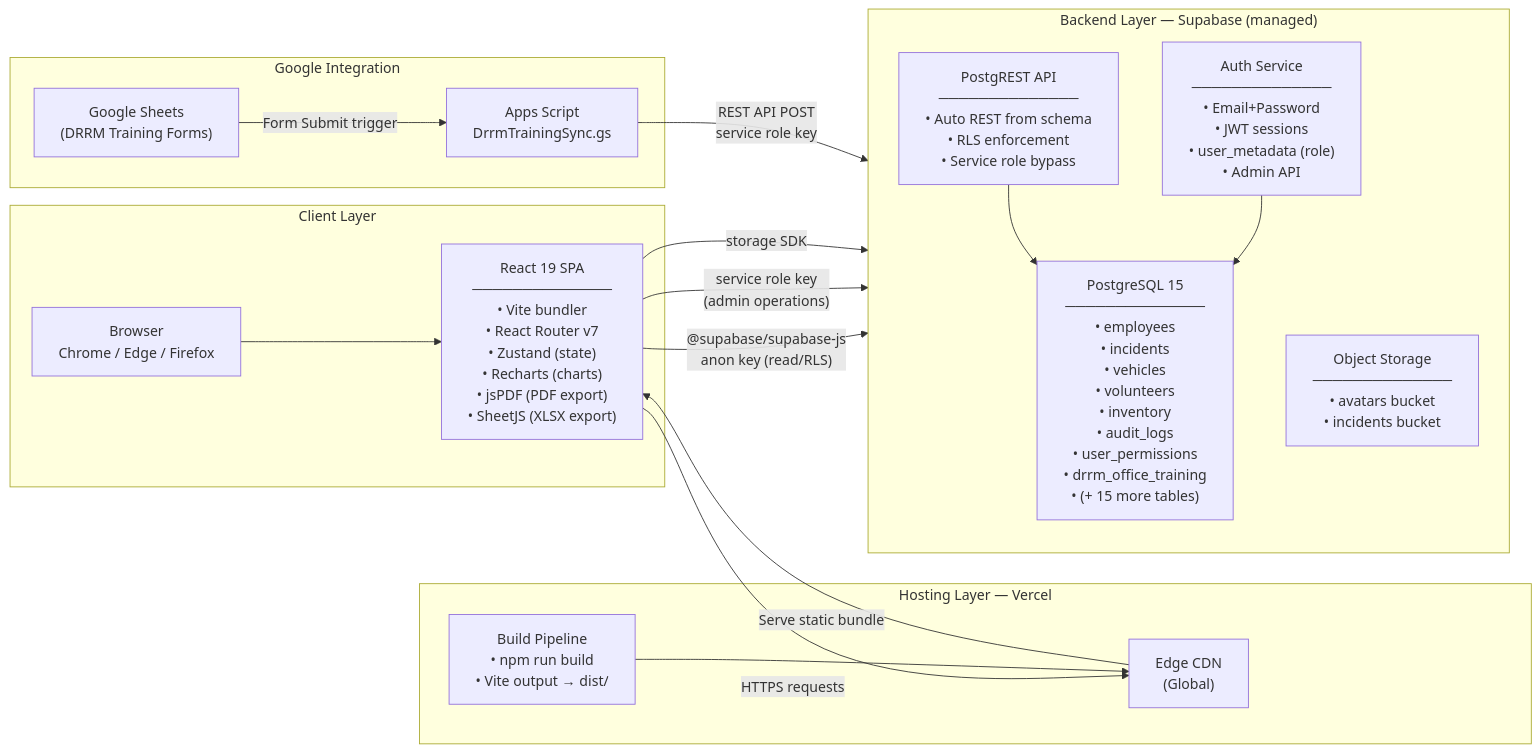
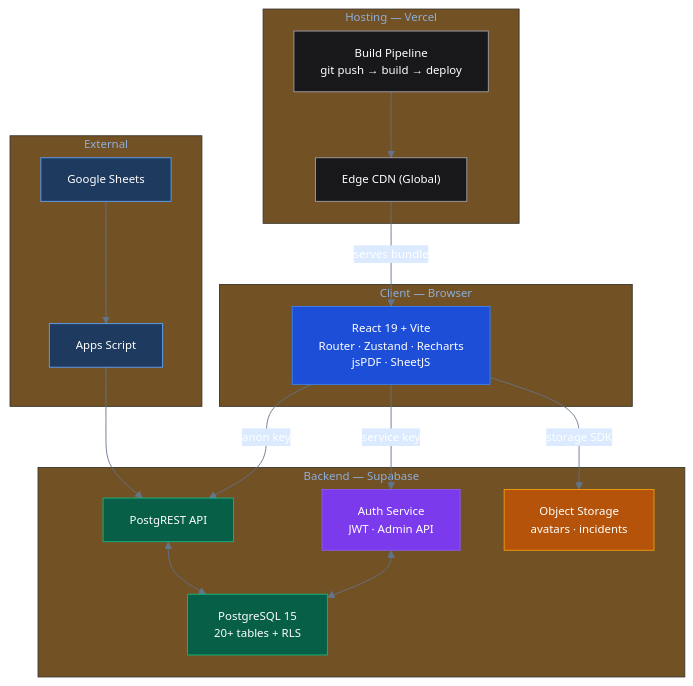
The third of 5 diagrams in SYSTEM_DIAGRAMS.md (cdrrmosys-creator/CDRRMO), drawn with Mermaid before and after one commit. The commit also changed other lines of this file and 2 other files, not shown here.

````diff
--- a/SYSTEM_DIAGRAMS.md
+++ b/SYSTEM_DIAGRAMS.md
@@ -235,39 +290,46 @@
 ```mermaid
-flowchart LR
-  subgraph CLIENT["Client Layer"]
-    BROWSER["Browser\nChrome / Edge / Firefox"]
-    REACT["React 19 SPA\n──────────────\n• Vite bundler\n• React Router v7\n• Zustand (state)\n• Recharts (charts)\n• jsPDF (PDF export)\n• SheetJS (XLSX export)"]
+%%{init: {"theme": "base", "themeVariables": {"primaryColor": "#1e3a5f", "primaryTextColor": "#ffffff", "primaryBorderColor": "#2563eb", "lineColor": "#64748b", "secondaryColor": "#dbeafe", "fontFamily": "Inter, sans-serif", "fontSize": "13px"}}}%%
+flowchart TB
+  classDef client   fill:#1d4ed8,stroke:#3b82f6,color:#fff
+  classDef vercel   fill:#18181b,stroke:#a1a1aa,color:#fff
+  classDef db       fill:#065f46,stroke:#10b981,color:#fff
+  classDef auth     fill:#7c3aed,stroke:#8b5cf6,color:#fff
+  classDef storage  fill:#b45309,stroke:#f59e0b,color:#fff
+  classDef ext      fill:#1e3a5f,stroke:#60a5fa,color:#fff
+
+  subgraph CLIENT["Client — Browser"]
+    REACT["React 19 + Vite
+    Router · Zustand · Recharts
+    jsPDF · SheetJS"]:::client
   end
 
-  subgraph HOSTING["Hosting Layer — Vercel"]
-    EDGE["Edge CDN\n(Global)"]
-    BUILD["Build Pipeline\n• npm run build\n• Vite output → dist/"]
+  subgraph VERCEL["Hosting — Vercel"]
+    CDN["Edge CDN (Global)"]:::vercel
+    PIPE["Build Pipeline
+    git push → build → deploy"]:::vercel
   end
 
-  subgraph BACKEND["Backend Layer — Supabase (managed)"]
-    direction TB
-    PG["PostgreSQL 15\n──────────────\n• employees\n• incidents\n• vehicles\n• volunteers\n• inventory\n• audit_logs\n• user_permissions\n• drrm_office_training\n• (+ 15 more tables)"]
-    PGAUTH["Auth Service\n──────────────\n• Email+Password\n• JWT sessions\n• user_metadata (role)\n• Admin API"]
-    PGSTORAGE["Object Storage\n──────────────\n• avatars bucket\n• incidents bucket"]
-    PGAPI["PostgREST API\n──────────────\n• Auto REST from schema\n• RLS enforcement\n• Service role bypass"]
+  subgraph SUPA["Backend — Supabase"]
+    PG["PostgreSQL 15
+    20+ tables + RLS"]:::db
+    PGAUTH["Auth Service
+    JWT · Admin API"]:::auth
+    PGSTORAGE["Object Storage
+    avatars · incidents"]:::storage
+    PGAPI["PostgREST API"]:::db
   end
 
-  subgraph GOOGLE["Google Integration"]
-    SHEETS["Google Sheets\n(DRRM Training Forms)"]
-    APPSCRIPT["Apps Script\nDrrmTrainingSync.gs"]
+  subgraph EXT["External"]
+    GS["Google Sheets"]:::ext
+    GA["Apps Script"]:::ext
   end
 
-  BROWSER --> REACT
-  REACT -->|"HTTPS requests"| EDGE
-  EDGE -->|"Serve static bundle"| REACT
-  BUILD --> EDGE
-
-  REACT -->|"@supabase/supabase-js\nanon key (read/RLS)"| PGAPI
-  REACT -->|"service role key\n(admin operations)"| PGAUTH
-  REACT -->|"storage SDK"| PGSTORAGE
-  PGAPI --> PG
-  PGAUTH --> PG
-
-  SHEETS -->|"Form Submit trigger"| APPSCRIPT
-  APPSCRIPT -->|"REST API POST\nservice role key"| PGAPI
+  PIPE  --> CDN
+  CDN   -->|serves bundle| REACT
+  REACT -->|anon key| PGAPI
+  REACT -->|service key| PGAUTH
+  REACT -->|storage SDK| PGSTORAGE
+  PGAPI <--> PG
+  PGAUTH <--> PG
+  GS --> GA --> PGAPI
 ```
````
